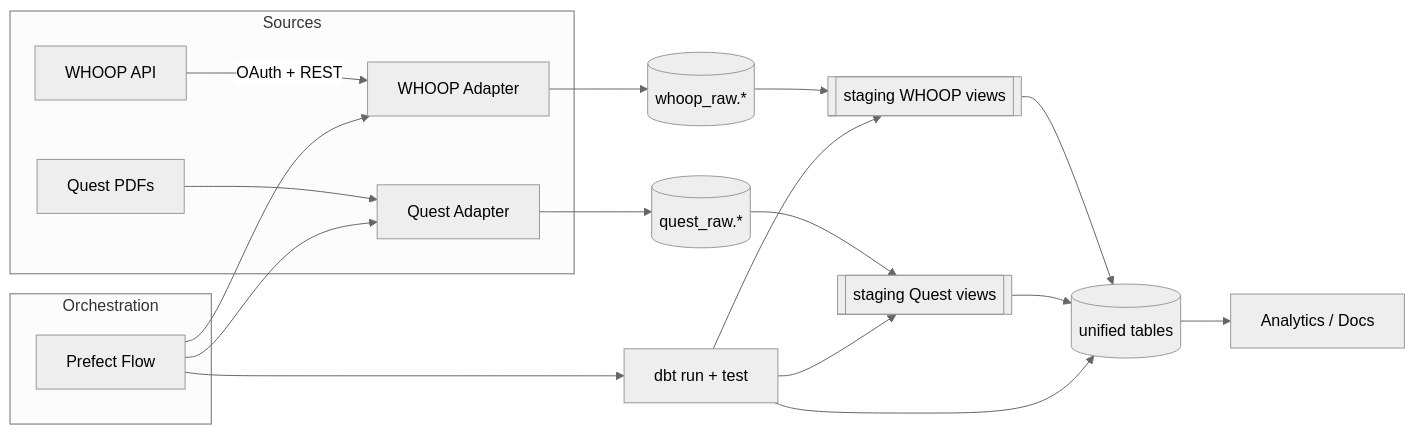
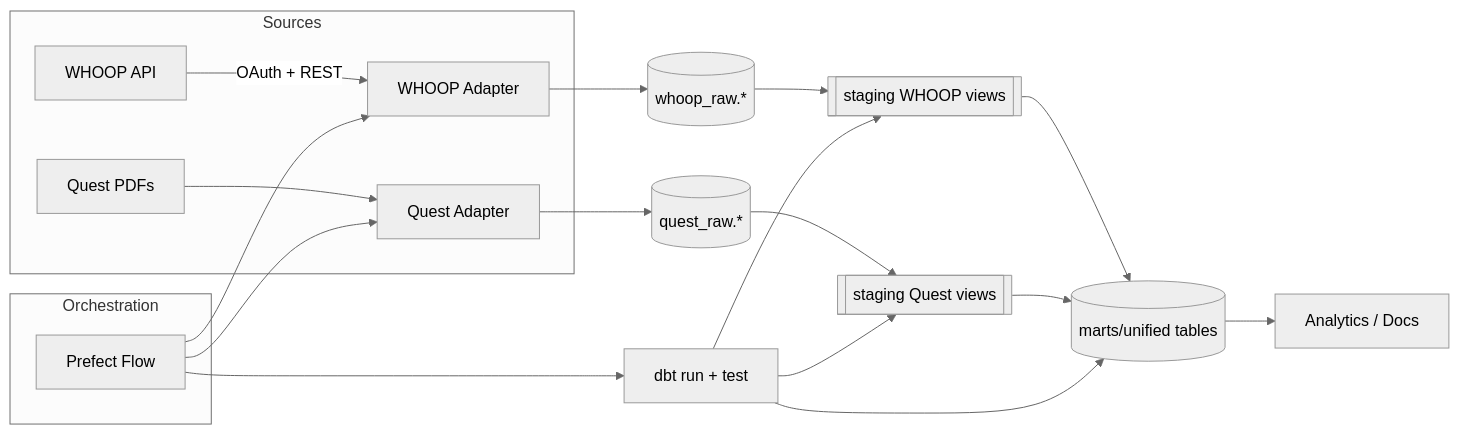
Before and after one commit to danbourguet/Health-Data-Agg: the diagram in README.md, drawn with Mermaid (neutral theme). The commit also changed other lines of this file and 19 other files, not shown here.

First line of the commit message:
Refactor database schema and ingestion process

````diff
--- a/README.md
+++ b/README.md
@@ -13,23 +13,23 @@
 ```mermaid
 flowchart LR
   subgraph Sources
     W[WHOOP API] -->|OAuth + REST| A1[WHOOP Adapter]
   Q[Quest PDFs] --> A2[Quest Adapter]
   end
   A1 --> R1[(whoop_raw.*)]
   A2 --> R2[(quest_raw.*)]
   R1 --> S1[[staging WHOOP views]]
   R2 --> S2[[staging Quest views]]
-  S1 --> U[(unified tables)]
+  S1 --> U[(marts/unified tables)]
   S2 --> U
   U --> AN[Analytics / Docs]
   subgraph Orchestration
     PF[Prefect Flow]
   end
   PF --> A1
   PF --> A2
   PF --> DBT[dbt run + test]
   DBT --> S1
   DBT --> S2
   DBT --> U
 ```
````
